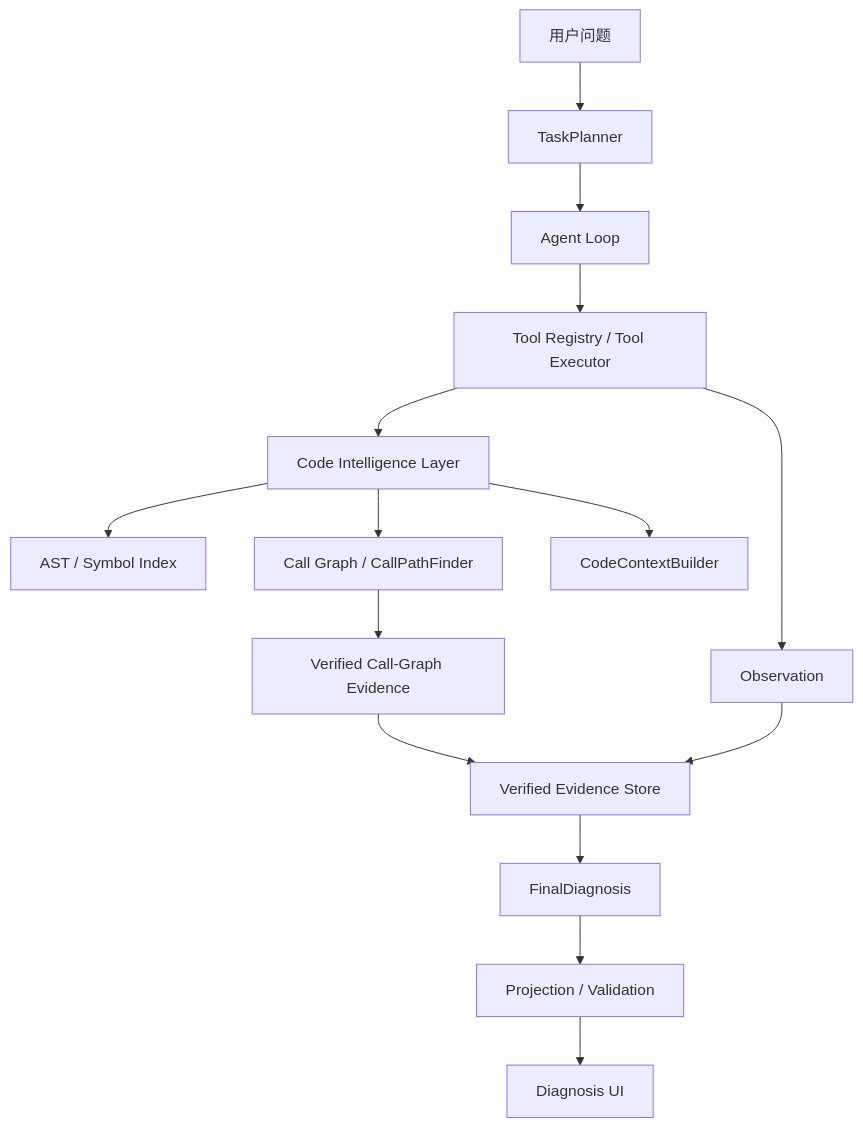
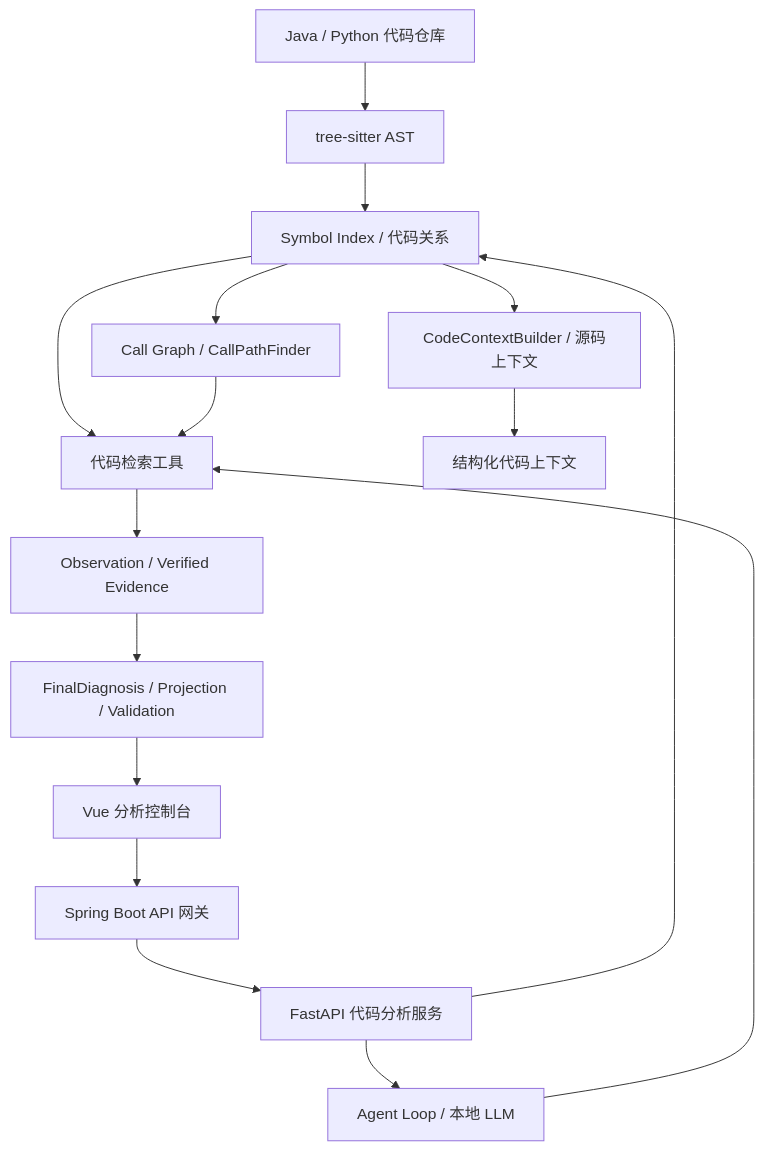
Before and after one commit to sgm66666-ux/RepoMind: the diagram in README.md, drawn with Mermaid. The commit also changed other lines of this file, not shown here.

````diff
--- a/README.md
+++ b/README.md
@@ -15,17 +13,18 @@
-```mermaid
+~~~mermaid
 flowchart TD
-    Q["用户问题"] --> P["TaskPlanner"]
-    P --> L["Agent Loop"]
-    L --> T["Tool Registry / Tool Executor"]
-    T --> C["Code Intelligence Layer"]
-    C --> A["AST / Symbol Index"]
-    C --> G["Call Graph / CallPathFinder"]
-    C --> X["CodeContextBuilder"]
-    T --> O["Observation"]
-    G --> E["Verified Call-Graph Evidence"]
-    O --> V["Verified Evidence Store"]
-    E --> V
-    V --> F["FinalDiagnosis"]
-    F --> J["Projection / Validation"]
-    J --> U["Diagnosis UI"]
-```
+    R["Java / Python 代码仓库"] --> A["tree-sitter AST"]
+    A --> S["Symbol Index / 代码关系"]
+    S --> G["Call Graph / CallPathFinder"]
+    S --> C["CodeContextBuilder / 源码上下文"]
+    S --> T["代码检索工具"]
+    G --> T
+    C --> K["结构化代码上下文"]
+    U["Vue 分析控制台"] --> J["Spring Boot API 网关"]
+    J --> F["FastAPI 代码分析服务"]
+    F --> S
+    F --> L["Agent Loop / 本地 LLM"]
+    L --> T
+    T --> O["Observation / Verified Evidence"]
+    O --> D["FinalDiagnosis / Projection / Validation"]
+    D --> U
+~~~
````
